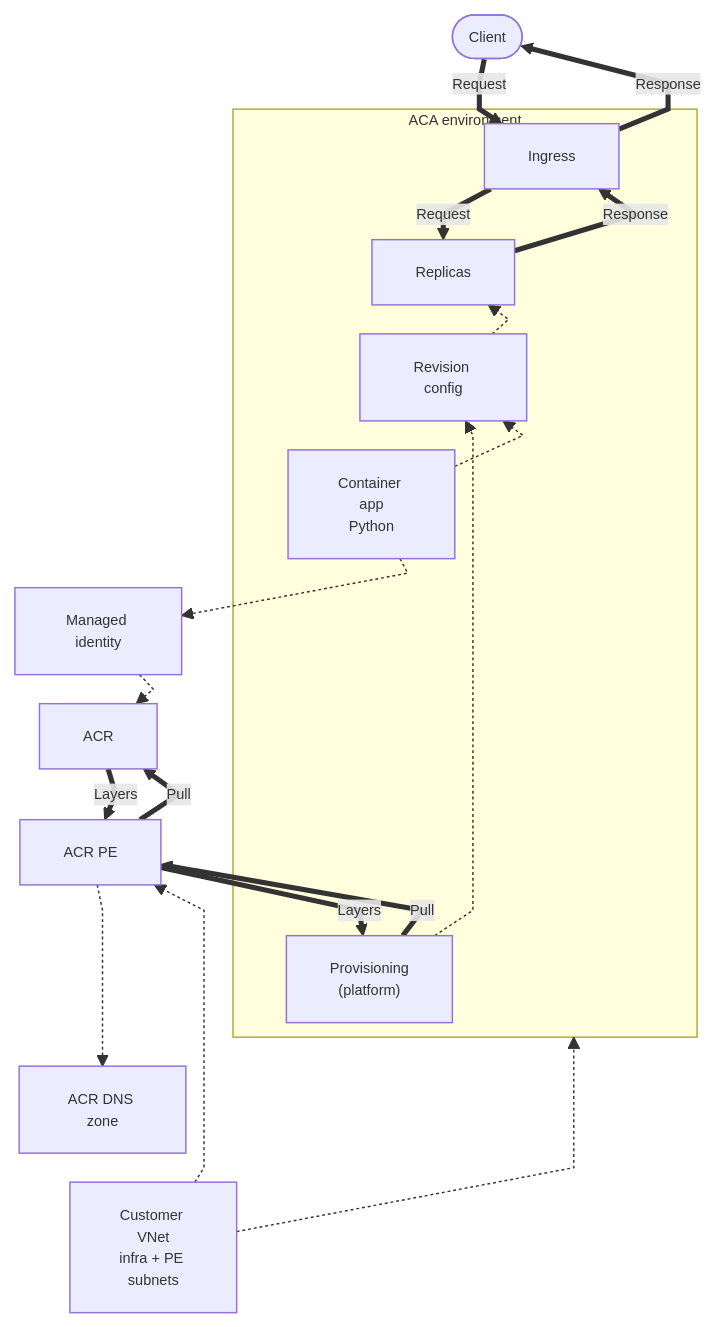
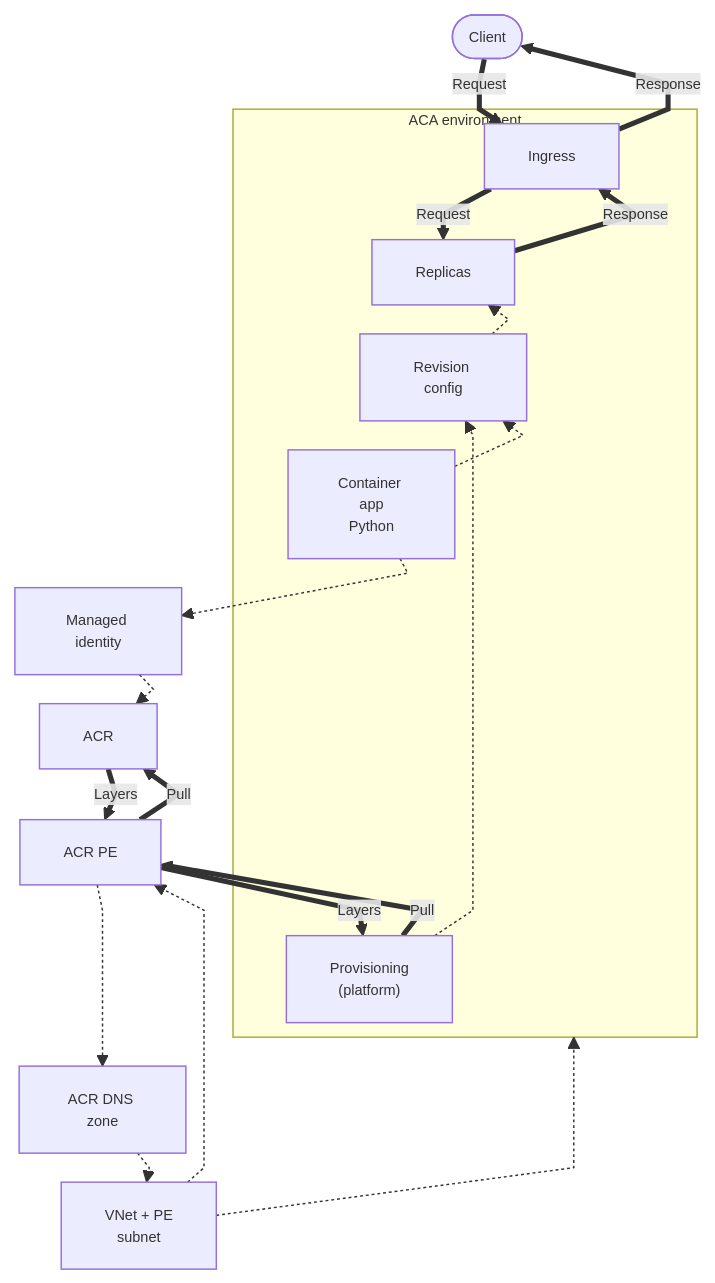
The first of 2 diagrams in docs/language-guides/python/tutorial/03-configuration.md (yeongseon/azure-container-apps-practical-guide), drawn with Mermaid before and after one commit. The commit also changed other lines of this file and 1 other file, not shown here.

Commit message:
fix(diagrams): link Python tutorial DNS zone

````diff
--- a/docs/language-guides/python/tutorial/03-configuration.md
+++ b/docs/language-guides/python/tutorial/03-configuration.md
@@ -38,36 +38,37 @@
 ```mermaid
 %%{init: {"themeVariables": {"fontSize": "10px"}, "flowchart": {"curve": "linear", "nodeSpacing": 5, "rankSpacing": 20, "diagramPadding": 2, "wrappingWidth": 55}}}%%
 flowchart TD
     accTitle: Production-ready Container Apps context for the Python tutorial
-    accDescr: Client requests and responses pass through managed ingress to Python replicas. The customer VNet contains infrastructure and private-endpoint subnets associated with the environment and ACR private endpoint. Managed identity is assigned to the app, and platform provisioning exchanges image pull requests and layer responses with ACR through that endpoint.
+    accDescr: Client requests and responses pass through managed ingress to Python replicas. The customer VNet associates with the environment and ACR private endpoint and links the endpoint's private DNS zone. Managed identity is assigned to the app, and platform provisioning exchanges image pull requests and layer responses with ACR through that endpoint.
     CALLER(["Client"])
-    VNET["Customer VNet<br/>infra + PE subnets"]
+    VNET["VNet + PE<br/>subnet"]
     IDENTITY["Managed identity"]
     PE_ACR["ACR PE"]
     ACR["ACR"]
     DNS["ACR DNS zone"]
     subgraph ENV["ACA environment"]
         INGRESS["Ingress"]
         APP["Container app<br/>Python"]
         REVISION["Revision config"]
         REPLICAS["Replicas"]
         PLATFORM["Provisioning<br/>(platform)"]
     end
     CALLER ~~~ INGRESS ~~~ REPLICAS ~~~ REVISION ~~~ APP ~~~ IDENTITY ~~~ ACR ~~~ PE_ACR ~~~ PLATFORM ~~~ DNS ~~~ VNET
     CALLER ==>|"Request"| INGRESS
     INGRESS ==>|"Response"| CALLER
     INGRESS ==>|"Request"| REPLICAS
     REPLICAS ==>|"Response"| INGRESS
     VNET -.-> ENV
     VNET -.-> PE_ACR
+    DNS -.-> VNET
     APP -.-> IDENTITY
     IDENTITY -.-> ACR
     APP -.-> REVISION
     REVISION -.-> REPLICAS
     PLATFORM -.-> REVISION
     PLATFORM ==>|"Pull"| PE_ACR
     PE_ACR ==>|"Pull"| ACR
     ACR ==>|"Layers"| PE_ACR
     PE_ACR ==>|"Layers"| PLATFORM
     PE_ACR -.-> DNS
 ```
````
